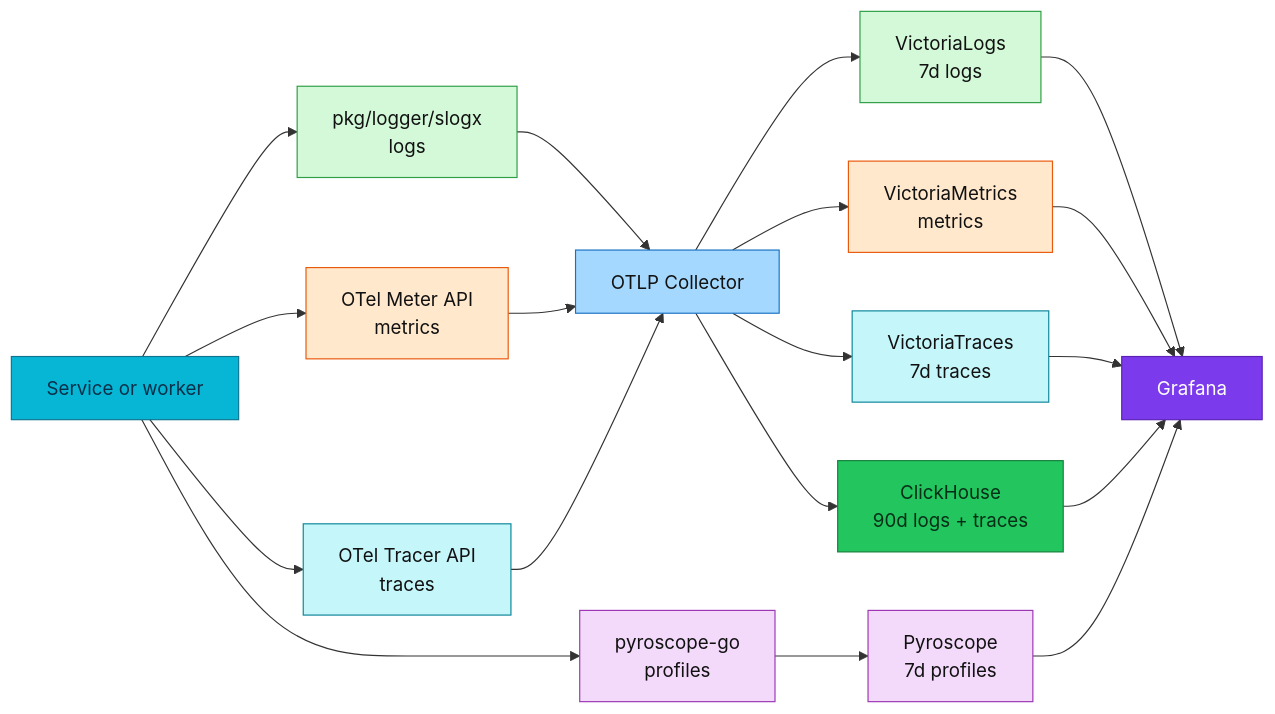
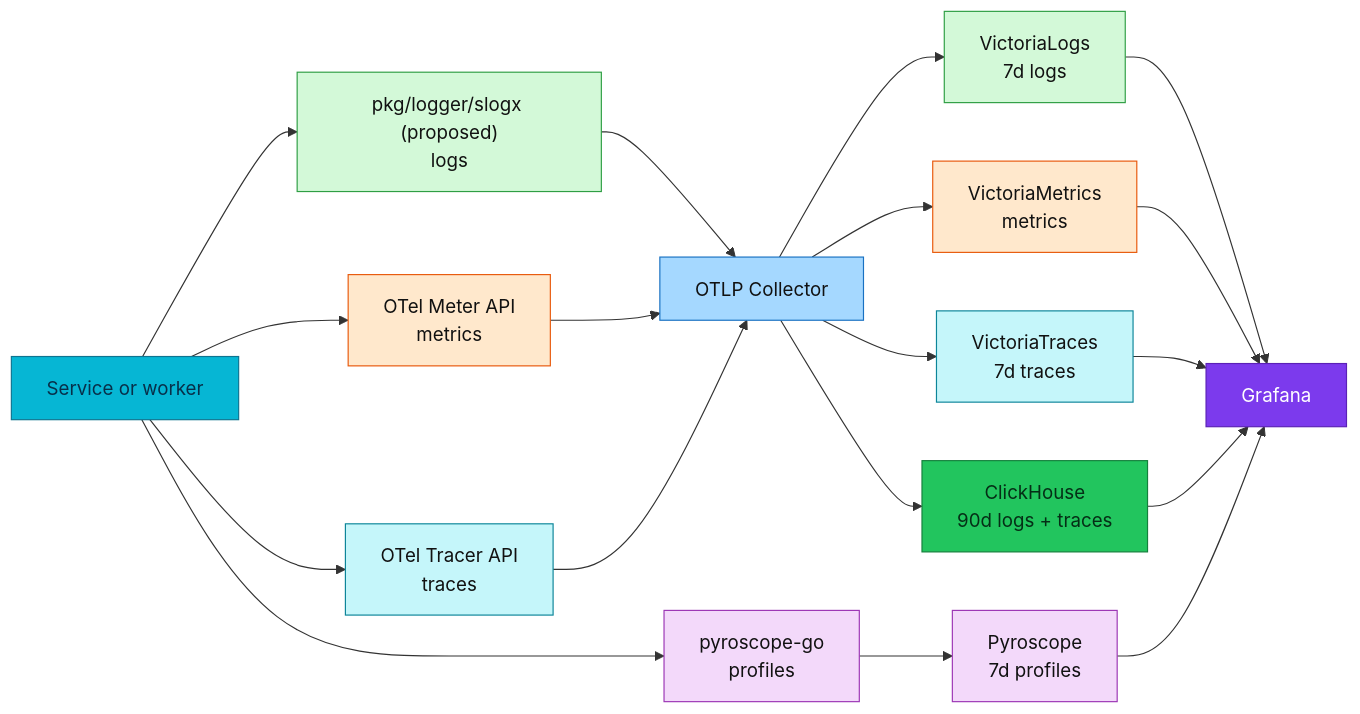
Before and after one commit to duynhlab/homelab: the diagram in docs/proposals/rfc/RFC-0031/README.md, drawn with Mermaid. The commit also changed other lines of this file and 2 other files, not shown here.

```diff
--- a/docs/proposals/rfc/RFC-0031/README.md
+++ b/docs/proposals/rfc/RFC-0031/README.md
@@ -194,36 +197,36 @@
 ~~~mermaid
 flowchart LR
-    A["Service or worker"] --> L["pkg/logger/slogx<br/>logs"]
+    A["Service or worker"] --> L["pkg/logger/slogx (proposed)<br/>logs"]
     A --> M["OTel Meter API<br/>metrics"]
     A --> T["OTel Tracer API<br/>traces"]
     A --> P["pyroscope-go<br/>profiles"]
     L --> O["OTLP Collector"]
     M --> O
     T --> O
     O --> VL["VictoriaLogs<br/>7d logs"]
     O --> VM["VictoriaMetrics<br/>metrics"]
     O --> VT["VictoriaTraces<br/>7d traces"]
     O --> CH["ClickHouse<br/>90d logs + traces"]
     P --> PY["Pyroscope<br/>7d profiles"]
     VL --> G["Grafana"]
     VM --> G
     VT --> G
     CH --> G
     PY --> G
     classDef service fill:#06b6d4,color:#082f49,stroke:#0e7490;
     classDef collector fill:#a5d8ff,color:#111,stroke:#1971c2;
     classDef platform fill:#7c3aed,color:#fff,stroke:#5b21b6;
     classDef data fill:#22c55e,color:#052e16,stroke:#15803d;
     classDef metric fill:#ffe8cc,color:#111,stroke:#e8590c;
     classDef log fill:#d3f9d8,color:#111,stroke:#2f9e44;
     classDef trace fill:#c5f6fa,color:#111,stroke:#0c8599;
     classDef profile fill:#f3d9fa,color:#111,stroke:#9c36b5;
     class A service;
     class O collector;
     class G platform;
     class CH data;
     class L,VL log;
     class M,VM metric;
     class T,VT trace;
     class P,PY profile;
 ~~~
```
